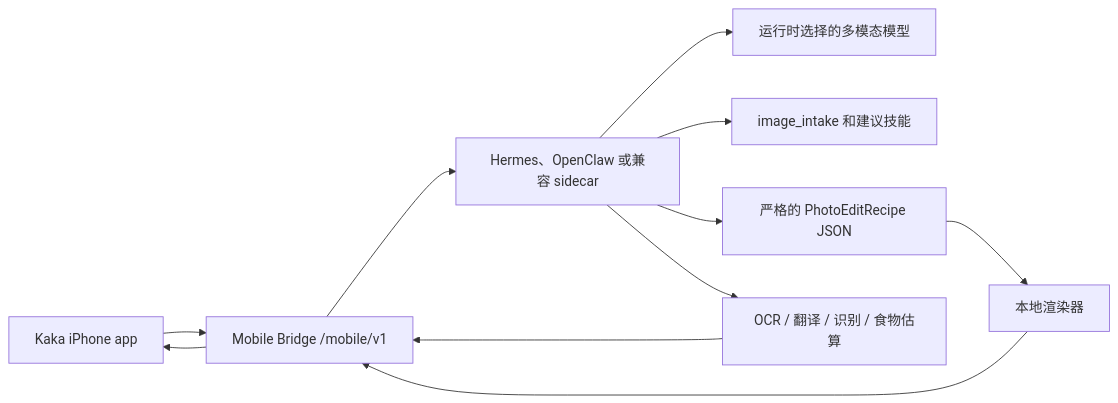
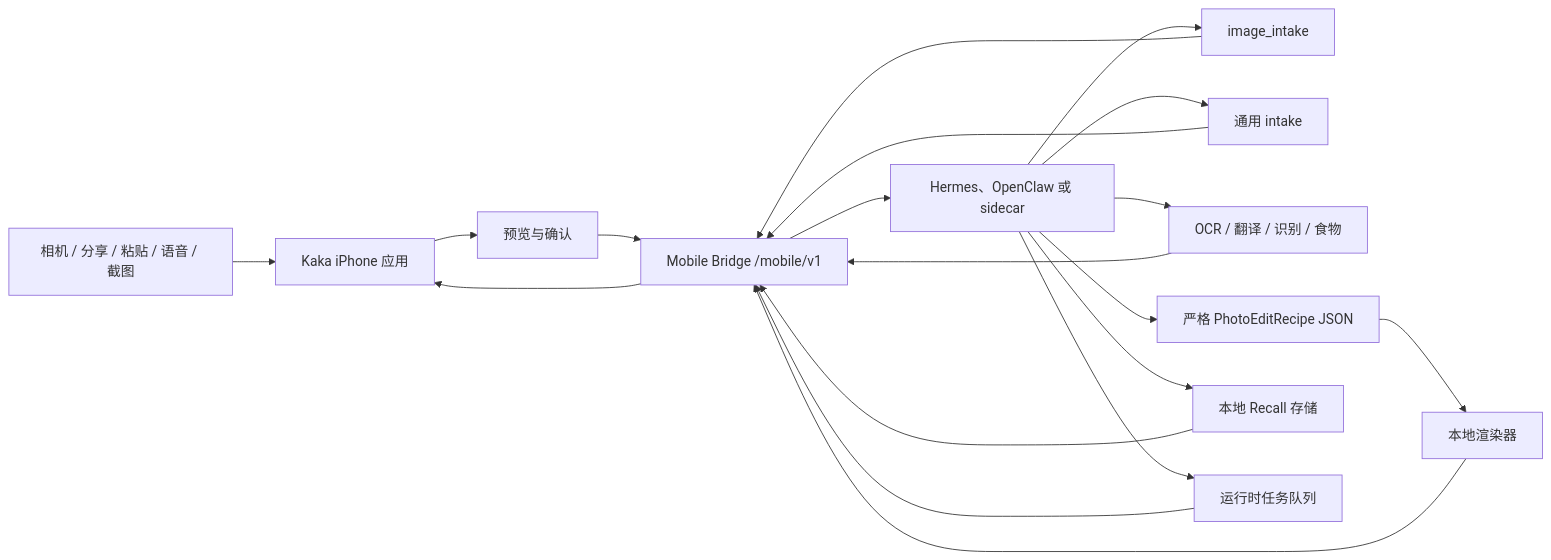
One commit to MightyKartz/kaka changed the diagram in README.zh-CN.md. Above: the diagram before and after it, drawn with Mermaid. The commit also changed other lines of this file and 2 other files, not shown here.

````diff
--- a/README.zh-CN.md
+++ b/README.zh-CN.md
@@ -302,13 +37,21 @@
 ```mermaid
 flowchart LR
-  Phone["Kaka iPhone app"] --> Bridge["Mobile Bridge /mobile/v1"]
-  Bridge --> Runtime["Hermes、OpenClaw 或兼容 sidecar"]
-  Runtime --> Model["运行时选择的多模态模型"]
-  Runtime --> Intake["image_intake 和建议技能"]
-  Runtime --> Recipe["严格的 PhotoEditRecipe JSON"]
-  Runtime --> Vision["OCR / 翻译 / 识别 / 食物估算"]
+  Inputs["相机 / 分享 / 粘贴 / 语音 / 截图"] --> Phone["Kaka iPhone 应用"]
+  Phone --> Consent["预览与确认"]
+  Consent --> Bridge["Mobile Bridge /mobile/v1"]
+  Bridge --> Runtime["Hermes、OpenClaw 或 sidecar"]
+  Runtime --> ImageIntake["image_intake"]
+  Runtime --> Universal["通用 intake"]
+  Runtime --> Vision["OCR / 翻译 / 识别 / 食物"]
+  Runtime --> Recipe["严格 PhotoEditRecipe JSON"]
+  Runtime --> Recall["本地 Recall 存储"]
+  Runtime --> Tasks["运行时任务队列"]
   Recipe --> Renderer["本地渲染器"]
+  ImageIntake --> Bridge
+  Universal --> Bridge
+  Vision --> Bridge
   Renderer --> Bridge
-  Vision --> Bridge
+  Recall --> Bridge
+  Tasks --> Bridge
   Bridge --> Phone
 ```
````
